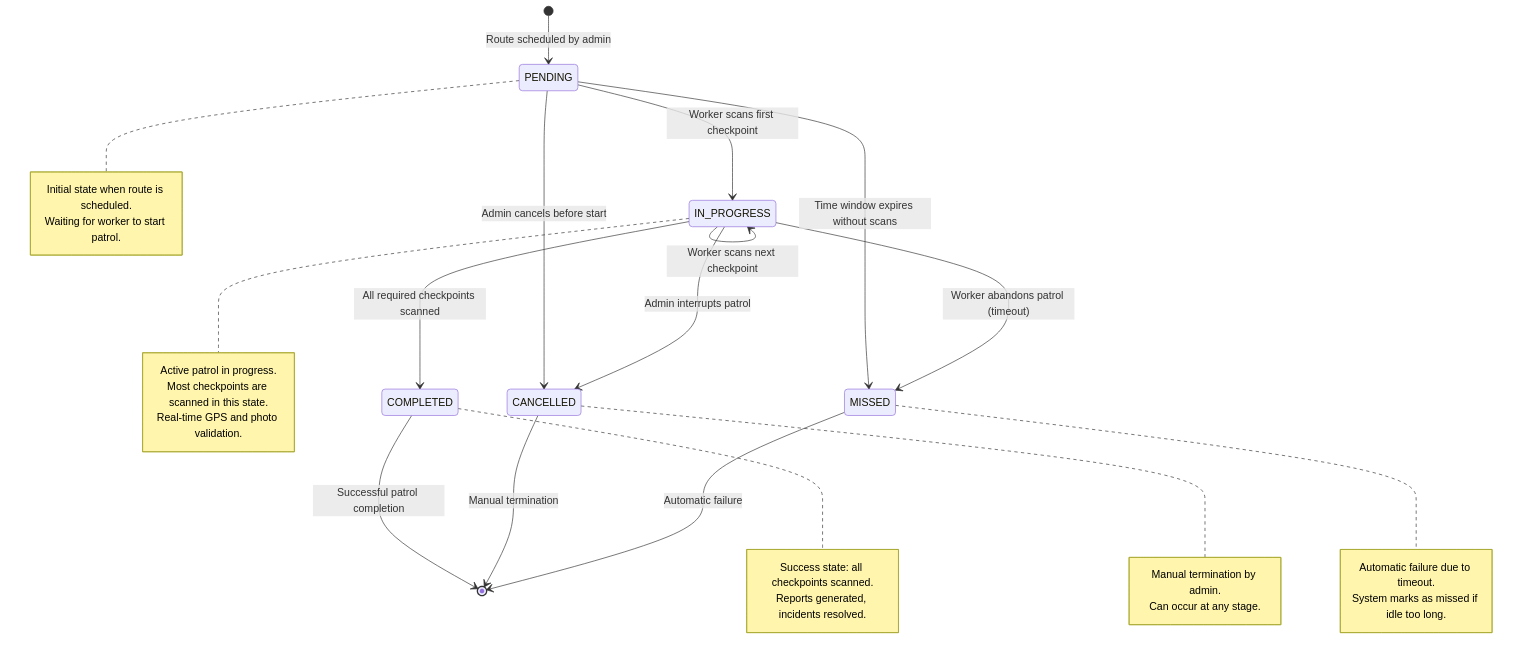
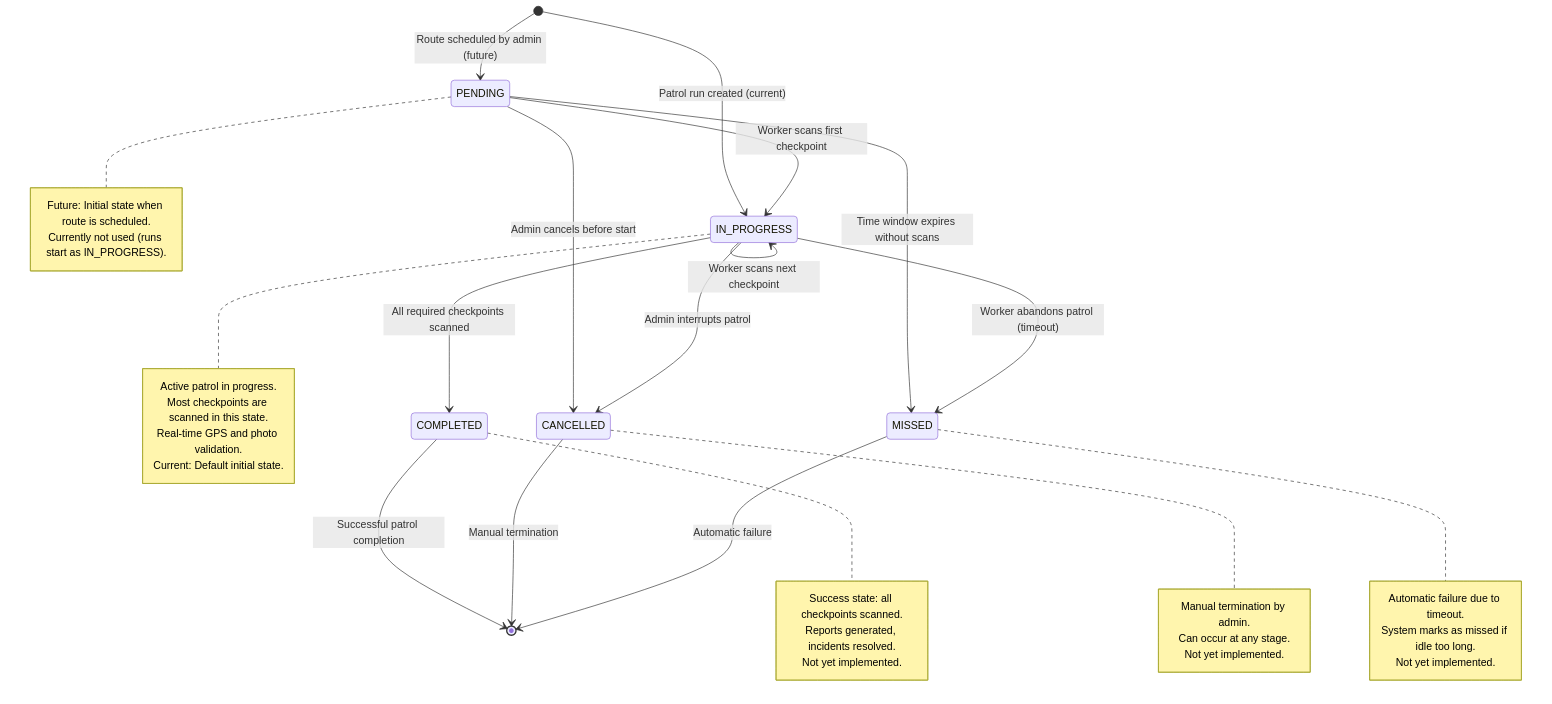
One commit to tiger8BIT/nfcwalker changed the diagram in docs/diagrams/PATROL_LIFECYCLE.md. Above: the diagram before and after it, drawn with Mermaid. The commit also changed other lines of this file and 16 other files, not shown here.

````diff
--- a/docs/diagrams/PATROL_LIFECYCLE.md
+++ b/docs/diagrams/PATROL_LIFECYCLE.md
@@ -6,43 +9,48 @@
 ```mermaid
 stateDiagram-v2
-    [*] --> PENDING: Route scheduled by admin
+    [*] --> PENDING: Route scheduled by admin (future)
+    [*] --> IN_PROGRESS: Patrol run created (current)
     
     PENDING --> IN_PROGRESS: Worker scans first checkpoint
     PENDING --> CANCELLED: Admin cancels before start
     PENDING --> MISSED: Time window expires without scans
     
     IN_PROGRESS --> IN_PROGRESS: Worker scans next checkpoint
     IN_PROGRESS --> COMPLETED: All required checkpoints scanned
     IN_PROGRESS --> CANCELLED: Admin interrupts patrol
     IN_PROGRESS --> MISSED: Worker abandons patrol (timeout)
     
     COMPLETED --> [*]: Successful patrol completion
     CANCELLED --> [*]: Manual termination
     MISSED --> [*]: Automatic failure
     
     note right of PENDING
-        Initial state when route is scheduled.
-        Waiting for worker to start patrol.
+        Future: Initial state when route is scheduled.
+        Currently not used (runs start as IN_PROGRESS).
     end note
     
     note right of IN_PROGRESS
         Active patrol in progress.
         Most checkpoints are scanned in this state.
         Real-time GPS and photo validation.
+        Current: Default initial state.
     end note
     
     note right of COMPLETED
         Success state: all checkpoints scanned.
         Reports generated, incidents resolved.
+        Not yet implemented.
     end note
     
     note right of CANCELLED
         Manual termination by admin.
         Can occur at any stage.
+        Not yet implemented.
     end note
     
     note right of MISSED
         Automatic failure due to timeout.
         System marks as missed if idle too long.
+        Not yet implemented.
     end note
 ```
````
